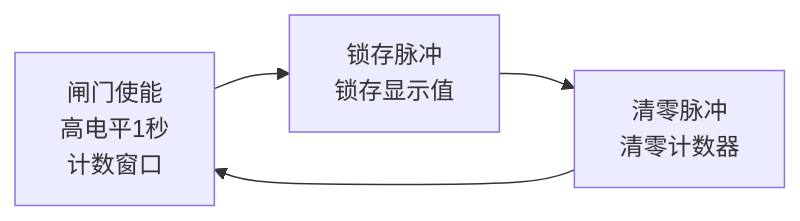
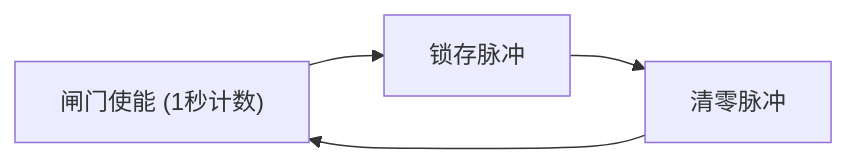
Before and after one commit to Ygreece/motor-pwm-controller: the fourth of 4 diagrams in docs/design.md, drawn with Mermaid. The commit also changed other lines of this file and 1 other file, not shown here.

Commit message:
fix: 移除Mermaid标签中的换行符

````diff
--- a/docs/design.md
+++ b/docs/design.md
@@ -47,6 +47,6 @@
 ```mermaid
 graph LR
-    T1["闸门使能\n高电平1秒\n计数窗口"] --> T2["锁存脉冲\n锁存显示值"]
-    T2 --> T3["清零脉冲\n清零计数器"]
+    T1["闸门使能 (1秒计数)"] --> T2["锁存脉冲"]
+    T2 --> T3["清零脉冲"]
     T3 --> T1
 ```
````
